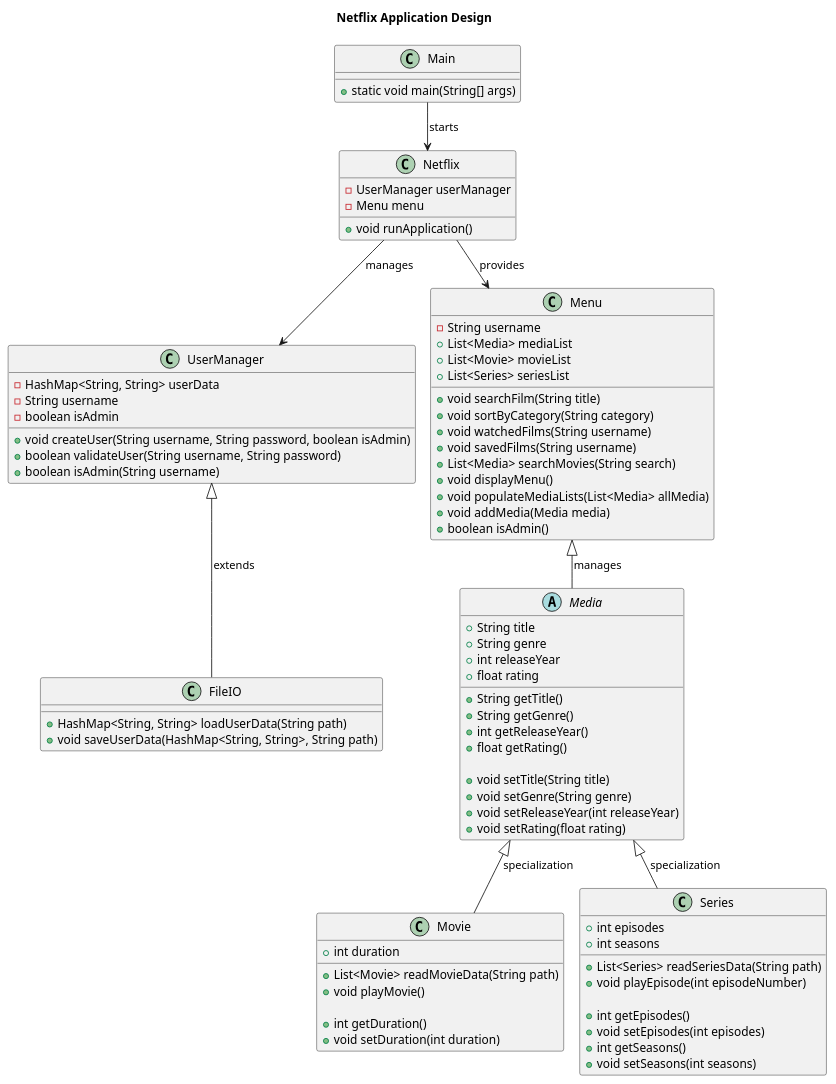
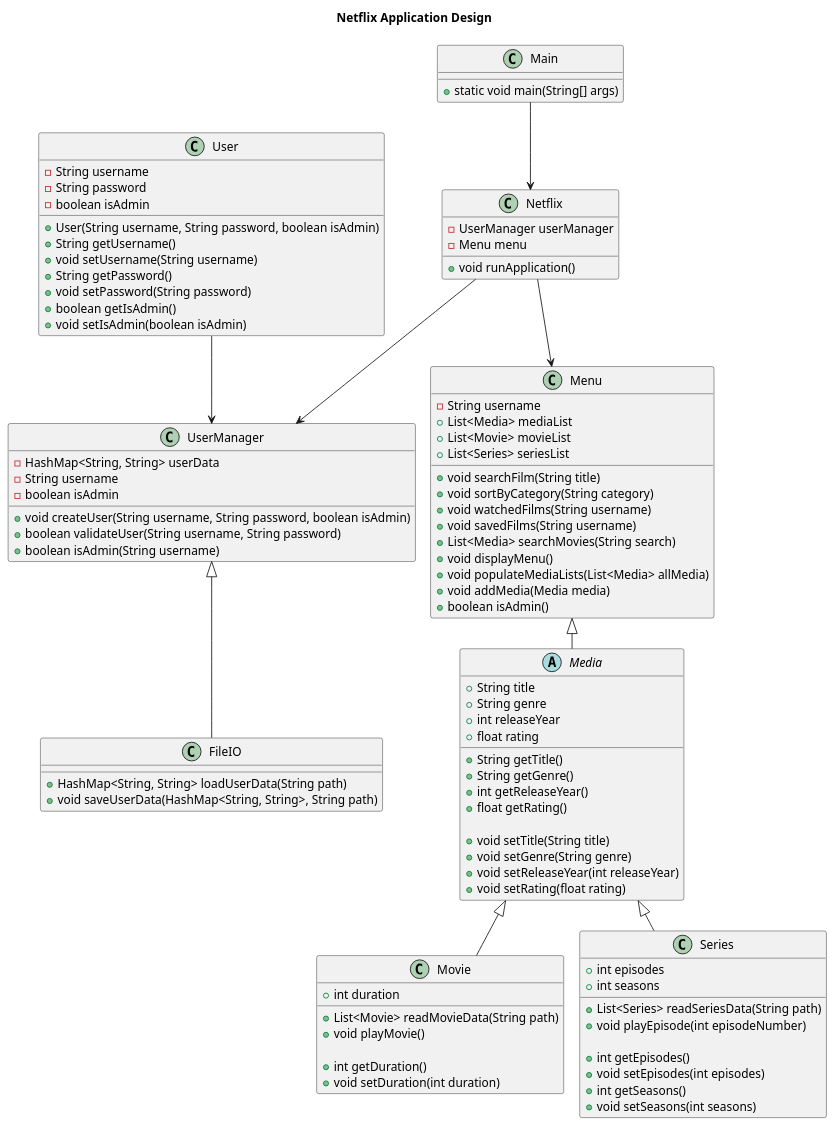
One commit to MarcusPFF/SP3-StreamingServiceProject changed the diagram in doc/classDiagram/classDiagram.puml. Above: the diagram before and after it, drawn with PlantUML.

Commit message:
classDiagram.puml and userData.txt

```diff
--- a/doc/classDiagram/classDiagram.puml
+++ b/doc/classDiagram/classDiagram.puml
@@ -1,108 +1,123 @@
 @startuml
 !pragma layout smetana
 title Netflix Application Design
 
 ' Hovedklasse
 class Main {
     + static void main(String[] args)
 }
 
-Main --> Netflix : starts >
+Main --> Netflix
 
 ' Netflix System
 class Netflix {
     - UserManager userManager
     - Menu menu
 
     + void runApplication()
 }
 
-Netflix --> UserManager : manages >
-Netflix --> Menu : provides >
-
+Netflix --> UserManager
+Netflix --> Menu
+User --> UserManager
 ' User Management
 class UserManager {
     - HashMap<String, String> userData
     - String username
     - boolean isAdmin
 
     + void createUser(String username, String password, boolean isAdmin)
     + boolean validateUser(String username, String password)
     + boolean isAdmin(String username)
 }
 
-UserManager <|-- FileIO : extends >
+' User class to store user details, now within UserManager
+class User {
+    - String username
+    - String password
+    - boolean isAdmin
+
+    + User(String username, String password, boolean isAdmin)
+    + String getUsername()
+    + void setUsername(String username)
+    + String getPassword()
+    + void setPassword(String password)
+    + boolean getIsAdmin()
+    + void setIsAdmin(boolean isAdmin)
+}
+
+UserManager <|-- FileIO
 
 class FileIO {
     + HashMap<String, String> loadUserData(String path)
     + void saveUserData(HashMap<String, String>, String path)
 }
 
 ' Menu and Media
 class Menu {
     - String username
     + List<Media> mediaList
     + List<Movie> movieList
     + List<Series> seriesList
 
     + void searchFilm(String title)
     + void sortByCategory(String category)
     + void watchedFilms(String username)
     + void savedFilms(String username)
     + List<Media> searchMovies(String search)
     + void displayMenu()
     ' Method to populate lists for movies and series
     + void populateMediaLists(List<Media> allMedia)
     ' Method to add media if user is admin
     + void addMedia(Media media)
     ' Check if the current user is an admin
     + boolean isAdmin()
 }
 
-Menu <|-- Media : manages >
+Menu <|-- Media
 
 abstract class Media {
     + String title
     + String genre
     + int releaseYear
     + float rating
 
     + String getTitle()
     + String getGenre()
     + int getReleaseYear()
     + float getRating()
 
     + void setTitle(String title)
     + void setGenre(String genre)
     + void setReleaseYear(int releaseYear)
     + void setRating(float rating)
 }
 
 ' Specific Media Types
 class Movie {
     + int duration
     + List<Movie> readMovieData(String path)
     + void playMovie()
 
     ' Getters and Setters for Movie attributes
     + int getDuration()
     + void setDuration(int duration)
 }
 
 class Series {
     + int episodes
     + int seasons
     + List<Series> readSeriesData(String path)
     + void playEpisode(int episodeNumber)
 
     ' Getters and Setters for Series attributes
     + int getEpisodes()
     + void setEpisodes(int episodes)
     + int getSeasons()
     + void setSeasons(int seasons)
 }
 
-Media <|-- Movie : specialization >
-Media <|-- Series : specialization >
+Media <|-- Movie
+Media <|-- Series
 
 @enduml
```
